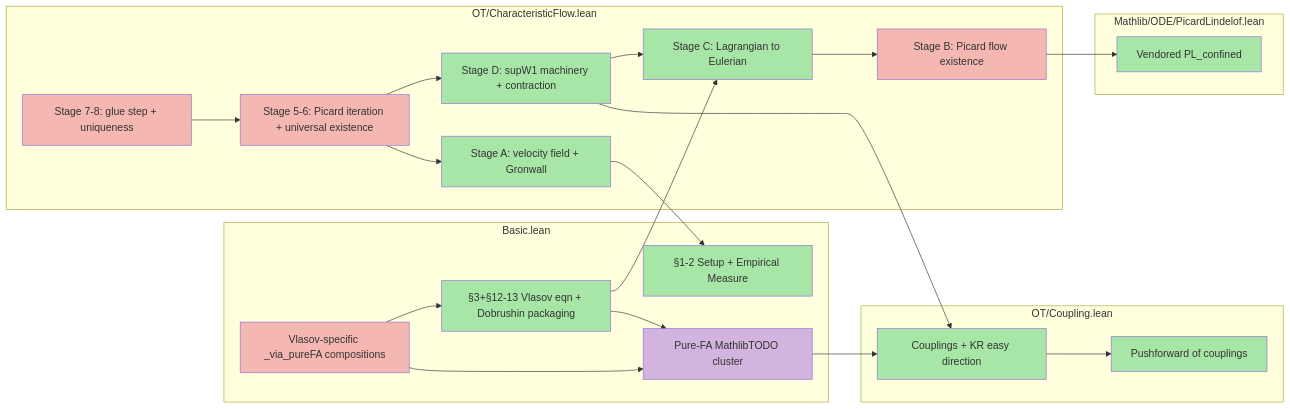
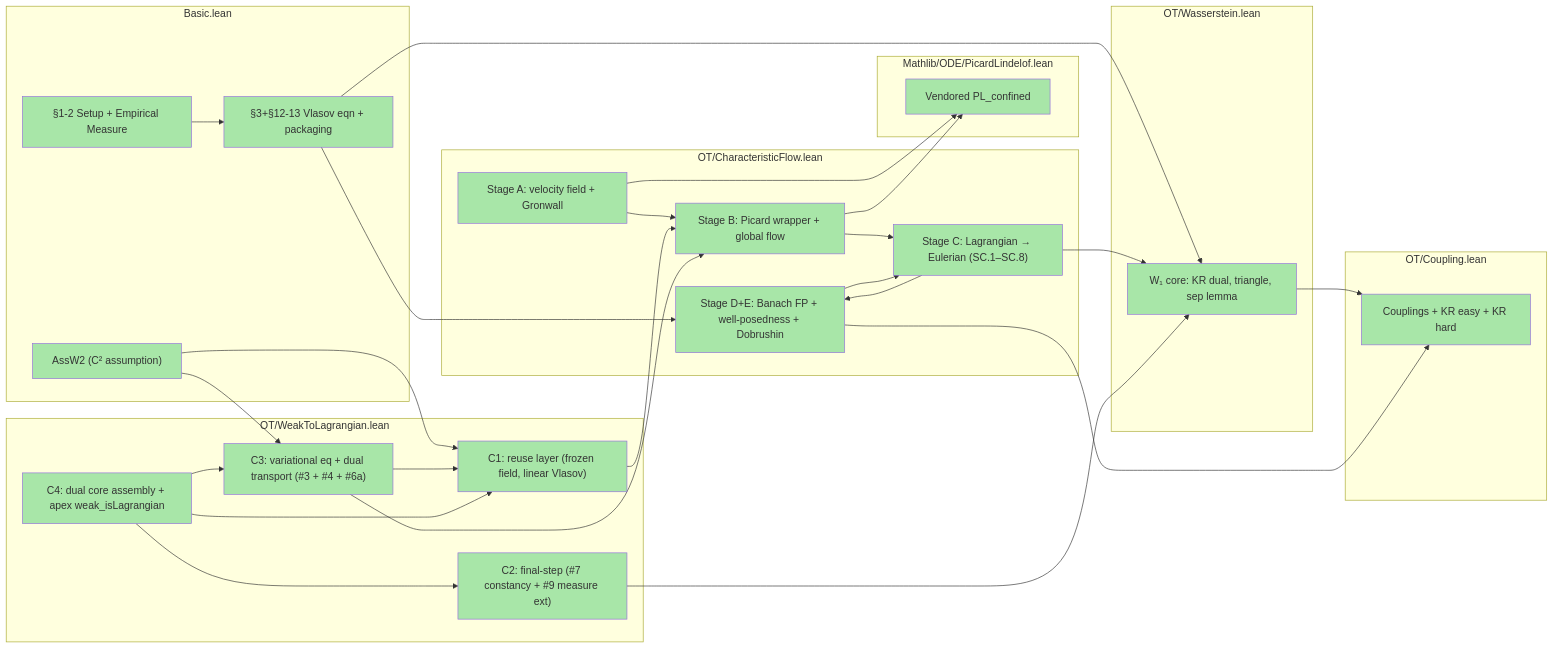
One commit to Hydrodynamical/Vlasov_Meanfield_Formalization changed the diagram in Vlasov/formalize/codebase-outline.md. Above: the diagram before and after it, drawn with Mermaid. The commit also changed other lines of this file, not shown here.

First line of the commit message:
doc: regenerate codebase-outline for the completed weak⟹Lagrangian bridge

````diff
--- a/Vlasov/formalize/codebase-outline.md
+++ b/Vlasov/formalize/codebase-outline.md
@@ -16,56 +26,71 @@
 ```mermaid
 flowchart LR
   subgraph Basic["Basic.lean"]
     S1S2["§1-2 Setup + Empirical Measure"]
-    S3S12["§3+§12-13 Vlasov eqn + Dobrushin packaging"]
-    MFATODO["Pure-FA MathlibTODO cluster"]
-    VlasovComp["Vlasov-specific _via_pureFA compositions"]
+    S3pkg["§3+§12-13 Vlasov eqn + packaging"]
+    AssW2node["AssW2 (C² assumption)"]
+  end
+
+  subgraph Wasserstein["OT/Wasserstein.lean"]
+    W1core["W₁ core: KR dual, triangle, sep lemma"]
   end
 
   subgraph Coupling["OT/Coupling.lean"]
-    KReasy["Couplings + KR easy direction"]
-    PushCoup["Pushforward of couplings"]
-  end
-
-  subgraph CharFlow["OT/CharacteristicFlow.lean"]
-    StageA["Stage A: velocity field + Gronwall"]
-    StageB["Stage B: Picard flow existence"]
-    StageC["Stage C: Lagrangian to Eulerian"]
-    StageD["Stage D: supW1 machinery + contraction"]
-    Stage56["Stage 5-6: Picard iteration + universal existence"]
-    Stage78["Stage 7-8: glue step + uniqueness"]
+    KRboth["Couplings + KR easy + KR hard"]
   end
 
   subgraph PL["Mathlib/ODE/PicardLindelof.lean"]
     PLconf["Vendored PL_confined"]
   end
 
+  subgraph CharFlow["OT/CharacteristicFlow.lean"]
+    StageA["Stage A: velocity field + Gronwall"]
+    StageB["Stage B: Picard wrapper + global flow"]
+    StageC["Stage C: Lagrangian → Eulerian (SC.1–SC.8)"]
+    StageDE["Stage D+E: Banach FP + well-posedness + Dobrushin"]
+  end
+
+  subgraph WtL["OT/WeakToLagrangian.lean"]
+    C1["C1: reuse layer (frozen field, linear Vlasov)"]
+    C2["C2: final-step (#7 constancy + #9 measure ext)"]
+    C3["C3: variational eq + dual transport (#3 + #4 + #6a)"]
+    C4["C4: dual core assembly + apex weak_isLagrangian"]
+  end
+
+  S1S2 --> S3pkg
+  S3pkg --> W1core
+  W1core --> KRboth
+  StageA --> PLconf
+  StageA --> StageB
   StageB --> PLconf
-  StageC --> StageB
-  StageD --> StageC
-  StageD --> KReasy
-  Stage56 --> StageD
-  Stage56 --> StageA
-  Stage78 --> Stage56
-  S3S12 --> StageC
-  S3S12 --> MFATODO
-  VlasovComp --> MFATODO
-  VlasovComp --> S3S12
-  KReasy --> PushCoup
-  StageA --> S1S2
-  MFATODO --> KReasy
+  StageB --> StageC
+  StageC --> W1core
+  StageC --> StageDE
+  StageDE --> StageC
+  StageDE --> KRboth
+  AssW2node --> C1
+  AssW2node --> C3
+  C1 --> StageB
+  C2 --> W1core
+  C3 --> StageB
+  C3 --> C1
+  C4 --> C1
+  C4 --> C2
+  C4 --> C3
+  S3pkg --> StageDE
 
   style S1S2 fill:#a8e6a8
-  style S3S12 fill:#a8e6a8
-  style MFATODO fill:#d2b4de
-  style VlasovComp fill:#f5b7b1
-  style KReasy fill:#a8e6a8
-  style PushCoup fill:#a8e6a8
+  style S3pkg fill:#a8e6a8
+  style AssW2node fill:#a8e6a8
+  style W1core fill:#a8e6a8
+  style KRboth fill:#a8e6a8
+  style PLconf fill:#a8e6a8
   style StageA fill:#a8e6a8
-  style StageB fill:#f5b7b1
+  style StageB fill:#a8e6a8
   style StageC fill:#a8e6a8
-  style StageD fill:#a8e6a8
-  style Stage56 fill:#f5b7b1
-  style Stage78 fill:#f5b7b1
-  style PLconf fill:#a8e6a8
+  style StageDE fill:#a8e6a8
+  style C1 fill:#a8e6a8
+  style C2 fill:#a8e6a8
+  style C3 fill:#a8e6a8
+  style C4 fill:#a8e6a8
 ```
````
